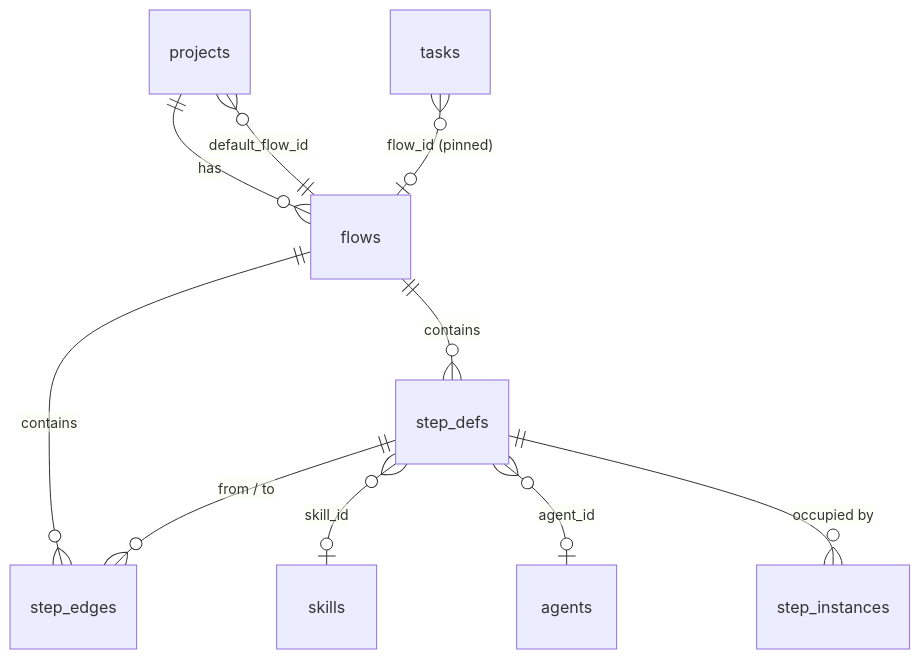
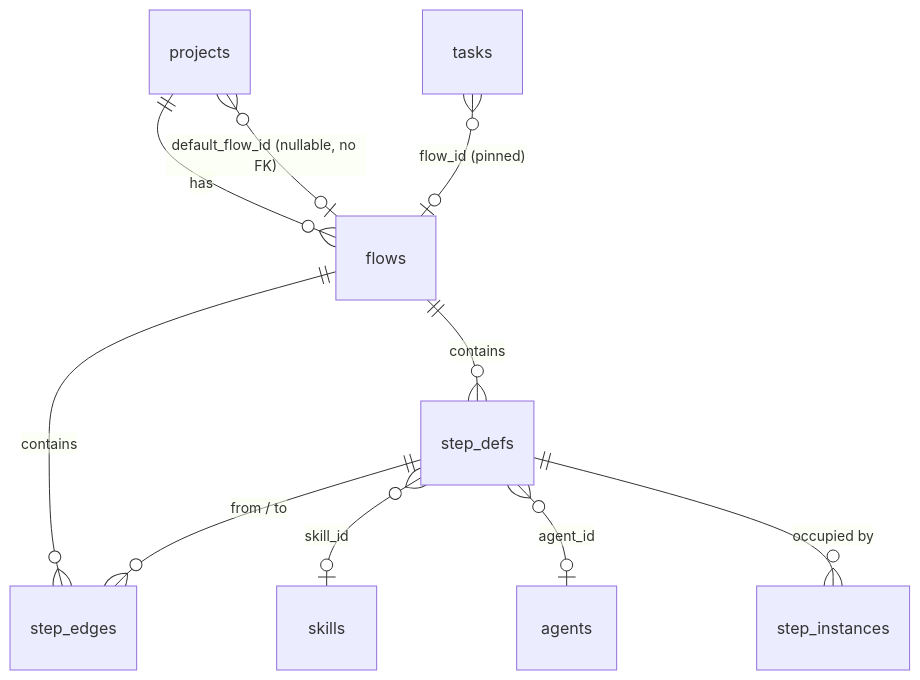
The diagram in docs/FlowBoard/Flow Design/Flow Data Model.md (ClearCloudSoftware/flowboard), drawn with Mermaid before and after one commit. The commit also changed 26 other files, not shown here.

First line of the commit message:
docs: ground Flow Design notes against the sources

````diff
--- a/docs/FlowBoard/Flow Design/Flow Data Model.md
+++ b/docs/FlowBoard/Flow Design/Flow Data Model.md
@@ -67,12 +67,12 @@
 ```mermaid
 erDiagram
   projects ||--o{ flows : has
-  projects }o--|| flows : "default_flow_id"
+  projects }o--o| flows : "default_flow_id (nullable, no FK)"
   flows ||--o{ step_defs : contains
   flows ||--o{ step_edges : contains
   step_defs ||--o{ step_edges : "from / to"
   step_defs }o--o| skills : skill_id
   step_defs }o--o| agents : agent_id
   tasks }o--o| flows : "flow_id (pinned)"
   step_defs ||--o{ step_instances : "occupied by"
 ```
````
